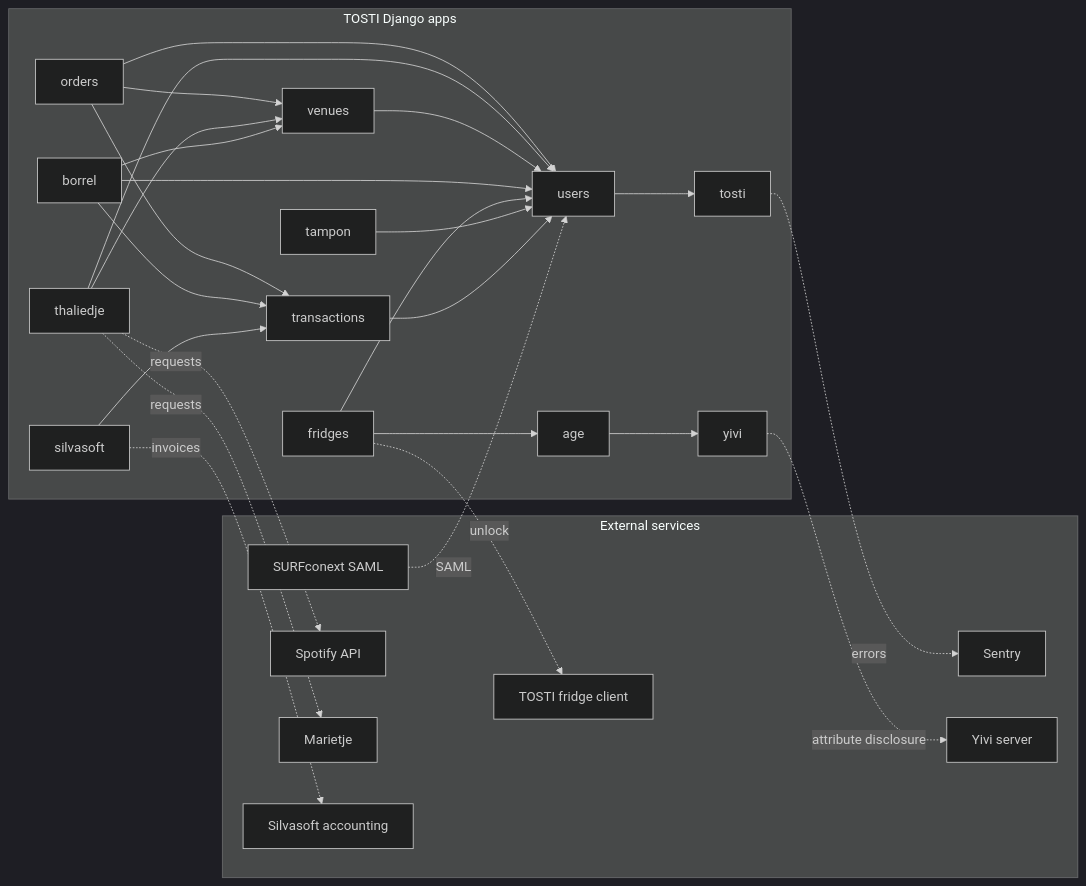
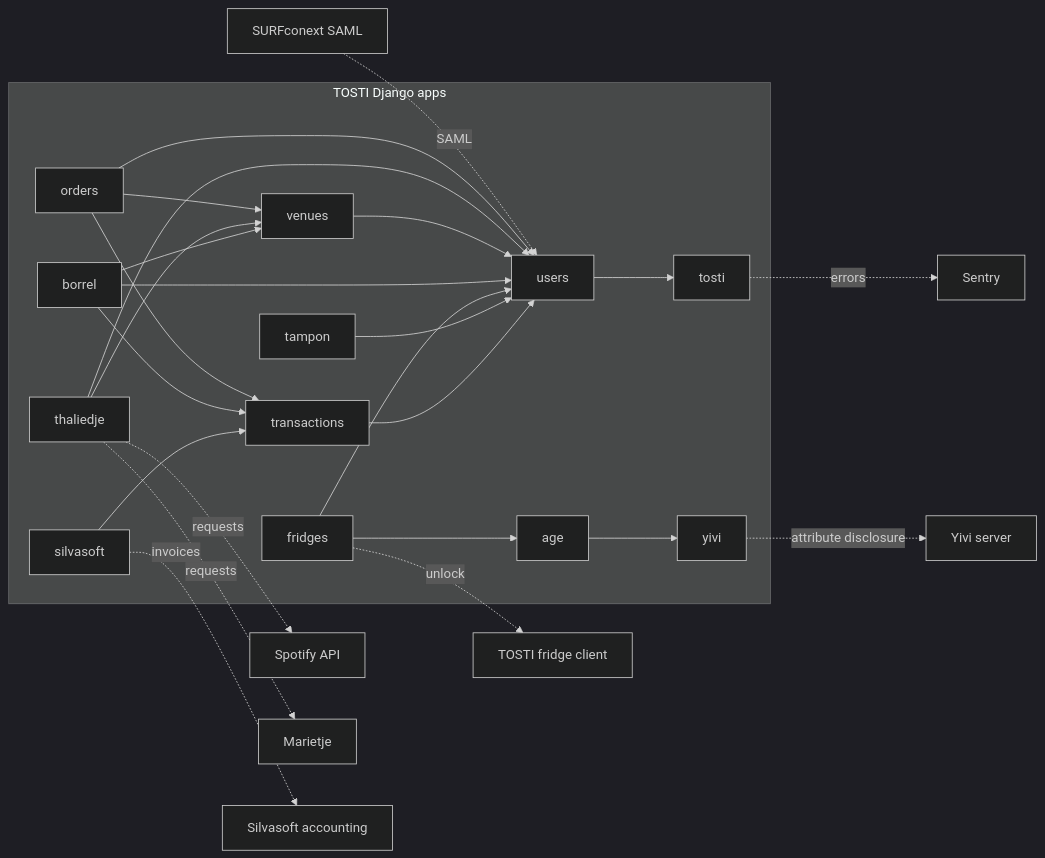
The first of 2 diagrams in README.md (KiOui/TOSTI), drawn with Mermaid (dark theme) before and after one commit. The commit also changed other lines of this file, not shown here.

Commit message:
README: drop the external-services subgraph and the Yivi auth side-quest
Per review feedback:

- Removing the ``subgraph "External services"`` box around the
  external nodes. The shape of the box was suggesting more grouping
  than was useful; the external services already read as external by
  not being inside the TOSTI box.
- Removing the optional Yivi age-verification block from the auth
  sequence diagram. The diagram is about the SAML+OAuth chain that
  protects every route; Yivi is a separate one-shot disclosure flow
  that runs once on the age-verification page, not on every API call.
  It was distracting and slightly misleading.

````diff
--- a/README.md
+++ b/README.md
@@ -45,51 +45,49 @@
 ```mermaid
 graph LR
-    subgraph "External services"
-        SURFconext[SURFconext SAML]
-        Sentry[Sentry]
-        Spotify[Spotify API]
-        Marietje[Marietje]
-        Yivi[Yivi server]
-        Silvasoft[Silvasoft accounting]
-        FridgeClient[TOSTI fridge client]
-    end
+    SURFconext[SURFconext SAML]
+    Sentry[Sentry]
+    Spotify[Spotify API]
+    Marietje[Marietje]
+    Yivi[Yivi server]
+    Silvasoft[Silvasoft accounting]
+    FridgeClient[TOSTI fridge client]
 
     subgraph "TOSTI Django apps"
         users[users]
         tosti[tosti]
         orders[orders]
         thaliedje[thaliedje]
         venues[venues]
         borrel[borrel]
         fridges[fridges]
         age[age]
         yivi_app[yivi]
         tampon[tampon]
         transactions[transactions]
         silvasoft_app[silvasoft]
     end
 
     SURFconext -. SAML .-> users
     users --> tosti
     orders --> users
     orders --> venues
     orders --> transactions
     thaliedje --> users
     thaliedje --> venues
     thaliedje -. requests .-> Spotify
     thaliedje -. requests .-> Marietje
     venues --> users
     borrel --> venues
     borrel --> users
     borrel --> transactions
     fridges --> users
     fridges --> age
     fridges -. unlock .-> FridgeClient
     age --> yivi_app
     yivi_app -. attribute disclosure .-> Yivi
     tampon --> users
     transactions --> users
     silvasoft_app --> transactions
     silvasoft_app -. invoices .-> Silvasoft
     tosti -. errors .-> Sentry
 ```
````
